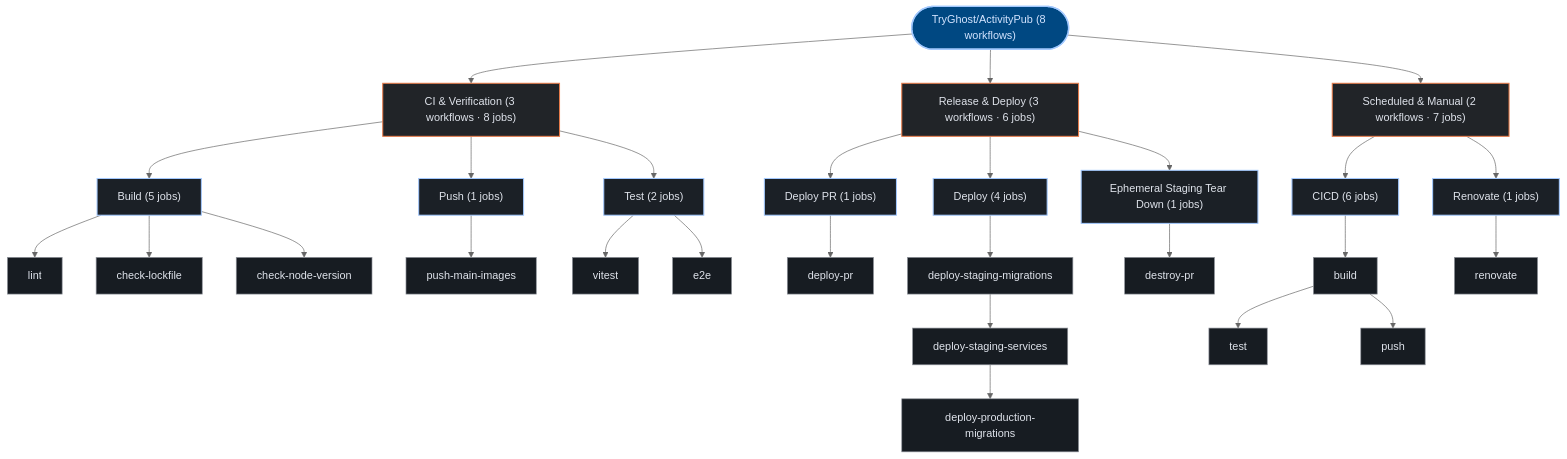
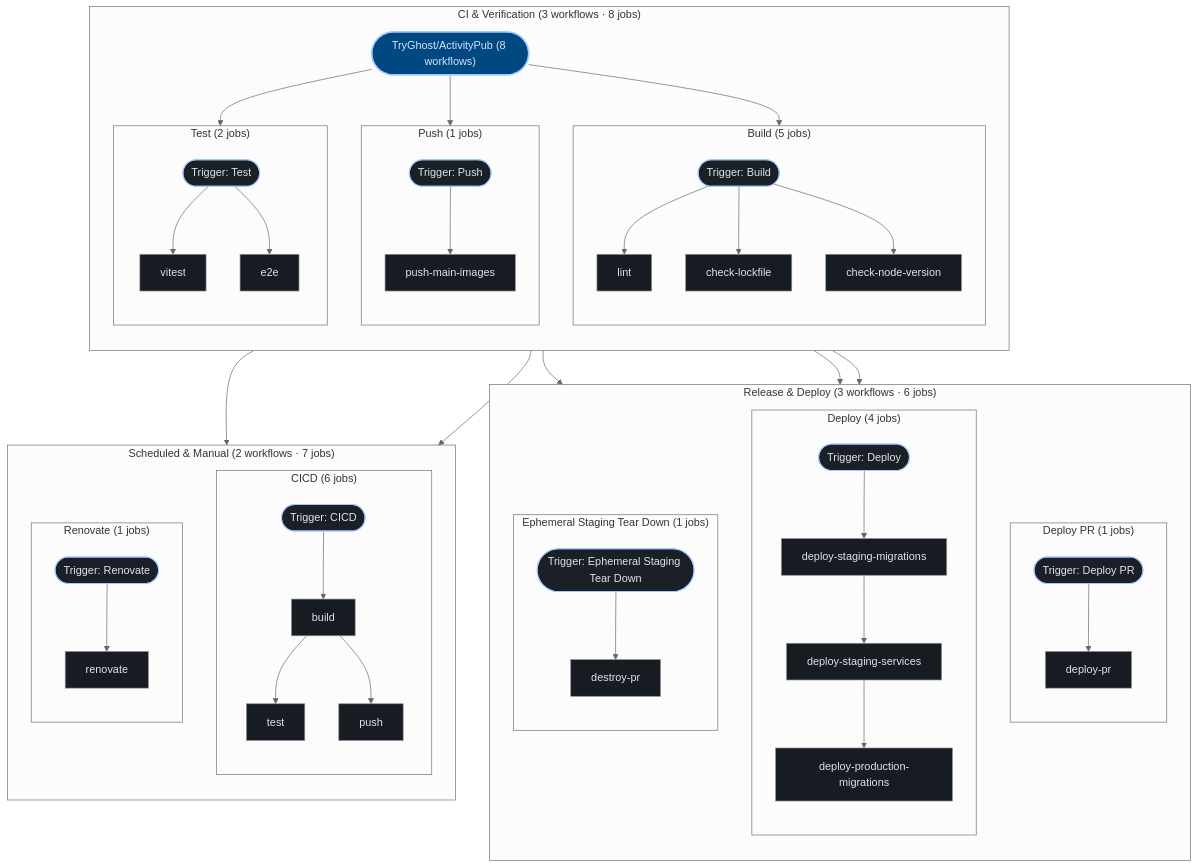
One commit to kumarshaz/atruss-code-atlas changed the third of 3 diagrams in exports/latest/reports/TryGhost-ActivityPub-report.md. Above: the diagram before and after it, drawn with Mermaid (neutral theme). The commit also changed 181 other files, not shown here.

````diff
--- a/exports/latest/reports/TryGhost-ActivityPub-report.md
+++ b/exports/latest/reports/TryGhost-ActivityPub-report.md
@@ -308,56 +308,83 @@
   classDef atlasAlert fill:#93000a,stroke:#ffb4ab,stroke-width:1.5px,color:#ffdad6
   classDef atlasMore fill:#252a31,stroke:#8d9199,stroke-dasharray:4 4,color:#c3c6cf
   pipeline_root(["TryGhost/ActivityPub (8 workflows)"]):::atlasRoot
-  grp_0_CI___Verification["CI & Verification (3 workflows · 8 jobs)"]:::atlasCategory
-  pipeline_root --> grp_0_CI___Verification
-  wf_0_Build["Build (5 jobs)"]:::atlasWorkflow
-  grp_0_CI___Verification --> wf_0_Build
-  job_0_lint["lint"]:::atlasJob
-  job_0_check_lockfile["check-lockfile"]:::atlasJob
-  job_0_check_node_version["check-node-version"]:::atlasJob
-  wf_0_Build --> job_0_lint
-  wf_0_Build --> job_0_check_lockfile
-  wf_0_Build --> job_0_check_node_version
-  wf_5_Push["Push (1 jobs)"]:::atlasWorkflow
-  grp_0_CI___Verification --> wf_5_Push
-  job_5_push_main_images["push-main-images"]:::atlasJob
-  wf_5_Push --> job_5_push_main_images
-  wf_7_Test["Test (2 jobs)"]:::atlasWorkflow
-  grp_0_CI___Verification --> wf_7_Test
-  job_7_vitest["vitest"]:::atlasJob
-  job_7_e2e["e2e"]:::atlasJob
-  wf_7_Test --> job_7_vitest
-  wf_7_Test --> job_7_e2e
-  grp_1_Release___Deploy["Release & Deploy (3 workflows · 6 jobs)"]:::atlasCategory
-  pipeline_root --> grp_1_Release___Deploy
-  wf_2_Deploy_PR["Deploy PR (1 jobs)"]:::atlasWorkflow
-  grp_1_Release___Deploy --> wf_2_Deploy_PR
-  job_2_deploy_pr["deploy-pr"]:::atlasJob
-  wf_2_Deploy_PR --> job_2_deploy_pr
-  wf_3_Deploy["Deploy (4 jobs)"]:::atlasWorkflow
-  grp_1_Release___Deploy --> wf_3_Deploy
-  job_3_deploy_staging_migrations["deploy-staging-migrations"]:::atlasJob
-  job_3_deploy_staging_services["deploy-staging-services"]:::atlasJob
-  job_3_deploy_production_migrations["deploy-production-migrations"]:::atlasJob
-  wf_3_Deploy --> job_3_deploy_staging_migrations
-  job_3_deploy_staging_migrations --> job_3_deploy_staging_services
-  job_3_deploy_staging_services --> job_3_deploy_production_migrations
-  wf_4_Ephemeral_Staging_Tear_Down["Ephemeral Staging Tear Down (1 jobs)"]:::atlasWorkflow
-  grp_1_Release___Deploy --> wf_4_Ephemeral_Staging_Tear_Down
-  job_4_destroy_pr["destroy-pr"]:::atlasJob
-  wf_4_Ephemeral_Staging_Tear_Down --> job_4_destroy_pr
-  grp_2_Scheduled___Manual["Scheduled & Manual (2 workflows · 7 jobs)"]:::atlasCategory
-  pipeline_root --> grp_2_Scheduled___Manual
-  wf_1_CICD["CICD (6 jobs)"]:::atlasWorkflow
-  grp_2_Scheduled___Manual --> wf_1_CICD
-  job_1_build["build"]:::atlasJob
-  job_1_test["test"]:::atlasJob
-  job_1_push["push"]:::atlasJob
-  wf_1_CICD --> job_1_build
-  job_1_build --> job_1_test
-  job_1_build --> job_1_push
-  wf_6_Renovate["Renovate (1 jobs)"]:::atlasWorkflow
-  grp_2_Scheduled___Manual --> wf_6_Renovate
-  job_6_renovate["renovate"]:::atlasJob
-  wf_6_Renovate --> job_6_renovate
+  subgraph sg_grp_0_CI___Verification["CI & Verification (3 workflows · 8 jobs)"]
+    direction TB
+    subgraph sg_wf_0_Build["Build (5 jobs)"]
+      direction TB
+      wf_0_Build(["Trigger: Build"]):::atlasWorkflow
+      job_0_lint["lint"]:::atlasJob
+      job_0_check_lockfile["check-lockfile"]:::atlasJob
+      job_0_check_node_version["check-node-version"]:::atlasJob
+      wf_0_Build --> job_0_lint
+      wf_0_Build --> job_0_check_lockfile
+      wf_0_Build --> job_0_check_node_version
+    end
+    pipeline_root --> wf_0_Build
+    subgraph sg_wf_5_Push["Push (1 jobs)"]
+      direction TB
+      wf_5_Push(["Trigger: Push"]):::atlasWorkflow
+      job_5_push_main_images["push-main-images"]:::atlasJob
+      wf_5_Push --> job_5_push_main_images
+    end
+    pipeline_root --> wf_5_Push
+    subgraph sg_wf_7_Test["Test (2 jobs)"]
+      direction TB
+      wf_7_Test(["Trigger: Test"]):::atlasWorkflow
+      job_7_vitest["vitest"]:::atlasJob
+      job_7_e2e["e2e"]:::atlasJob
+      wf_7_Test --> job_7_vitest
+      wf_7_Test --> job_7_e2e
+    end
+    pipeline_root --> wf_7_Test
+  end
+  subgraph sg_grp_1_Release___Deploy["Release & Deploy (3 workflows · 6 jobs)"]
+    direction TB
+    subgraph sg_wf_2_Deploy_PR["Deploy PR (1 jobs)"]
+      direction TB
+      wf_2_Deploy_PR(["Trigger: Deploy PR"]):::atlasWorkflow
+      job_2_deploy_pr["deploy-pr"]:::atlasJob
+      wf_2_Deploy_PR --> job_2_deploy_pr
+    end
+    pipeline_root --> wf_2_Deploy_PR
+    subgraph sg_wf_3_Deploy["Deploy (4 jobs)"]
+      direction TB
+      wf_3_Deploy(["Trigger: Deploy"]):::atlasWorkflow
+      job_3_deploy_staging_migrations["deploy-staging-migrations"]:::atlasJob
+      job_3_deploy_staging_services["deploy-staging-services"]:::atlasJob
+      job_3_deploy_production_migrations["deploy-production-migrations"]:::atlasJob
+      wf_3_Deploy --> job_3_deploy_staging_migrations
+      job_3_deploy_staging_migrations --> job_3_deploy_staging_services
+      job_3_deploy_staging_services --> job_3_deploy_production_migrations
+    end
+    pipeline_root --> wf_3_Deploy
+    subgraph sg_wf_4_Ephemeral_Staging_Tear_Down["Ephemeral Staging Tear Down (1 jobs)"]
+      direction TB
+      wf_4_Ephemeral_Staging_Tear_Down(["Trigger: Ephemeral Staging Tear Down"]):::atlasWorkflow
+      job_4_destroy_pr["destroy-pr"]:::atlasJob
+      wf_4_Ephemeral_Staging_Tear_Down --> job_4_destroy_pr
+    end
+    pipeline_root --> wf_4_Ephemeral_Staging_Tear_Down
+  end
+  subgraph sg_grp_2_Scheduled___Manual["Scheduled & Manual (2 workflows · 7 jobs)"]
+    direction TB
+    subgraph sg_wf_1_CICD["CICD (6 jobs)"]
+      direction TB
+      wf_1_CICD(["Trigger: CICD"]):::atlasWorkflow
+      job_1_build["build"]:::atlasJob
+      job_1_test["test"]:::atlasJob
+      job_1_push["push"]:::atlasJob
+      wf_1_CICD --> job_1_build
+      job_1_build --> job_1_test
+      job_1_build --> job_1_push
+    end
+    pipeline_root --> wf_1_CICD
+    subgraph sg_wf_6_Renovate["Renovate (1 jobs)"]
+      direction TB
+      wf_6_Renovate(["Trigger: Renovate"]):::atlasWorkflow
+      job_6_renovate["renovate"]:::atlasJob
+      wf_6_Renovate --> job_6_renovate
+    end
+    pipeline_root --> wf_6_Renovate
+  end
 ```
````
